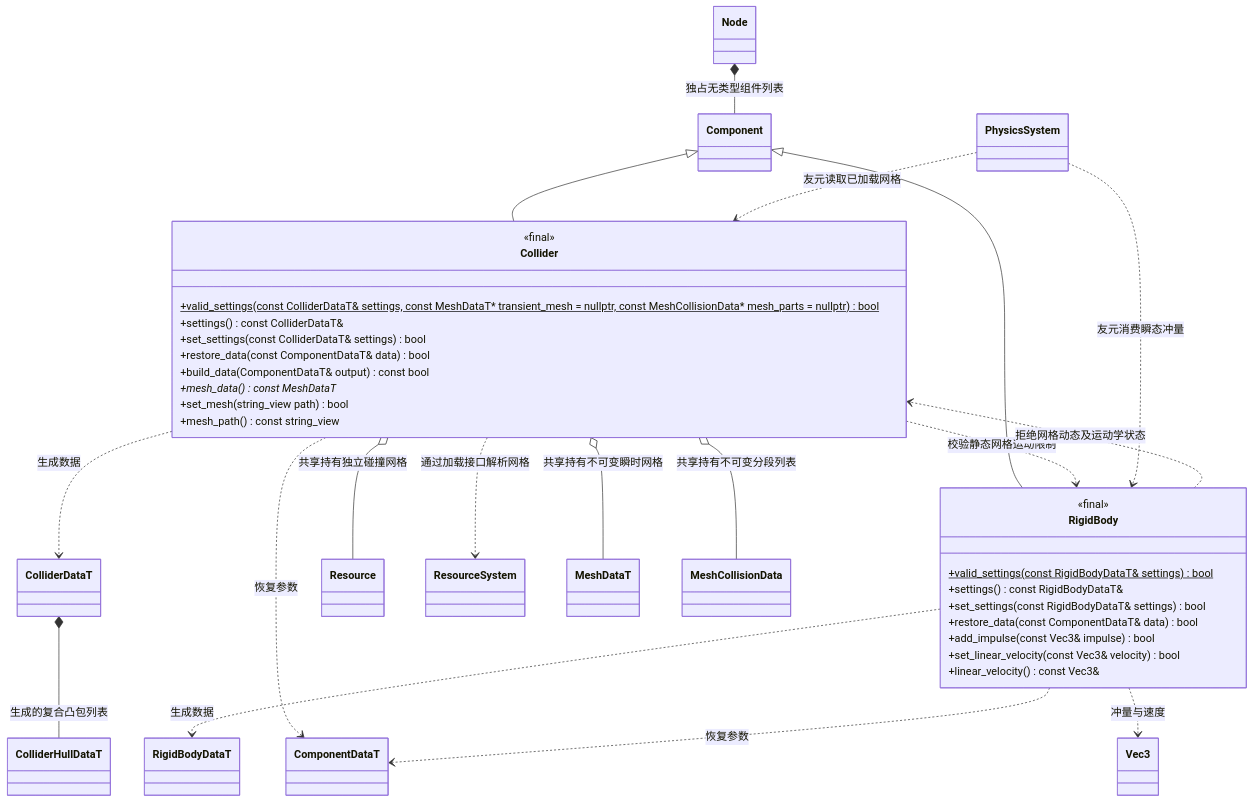
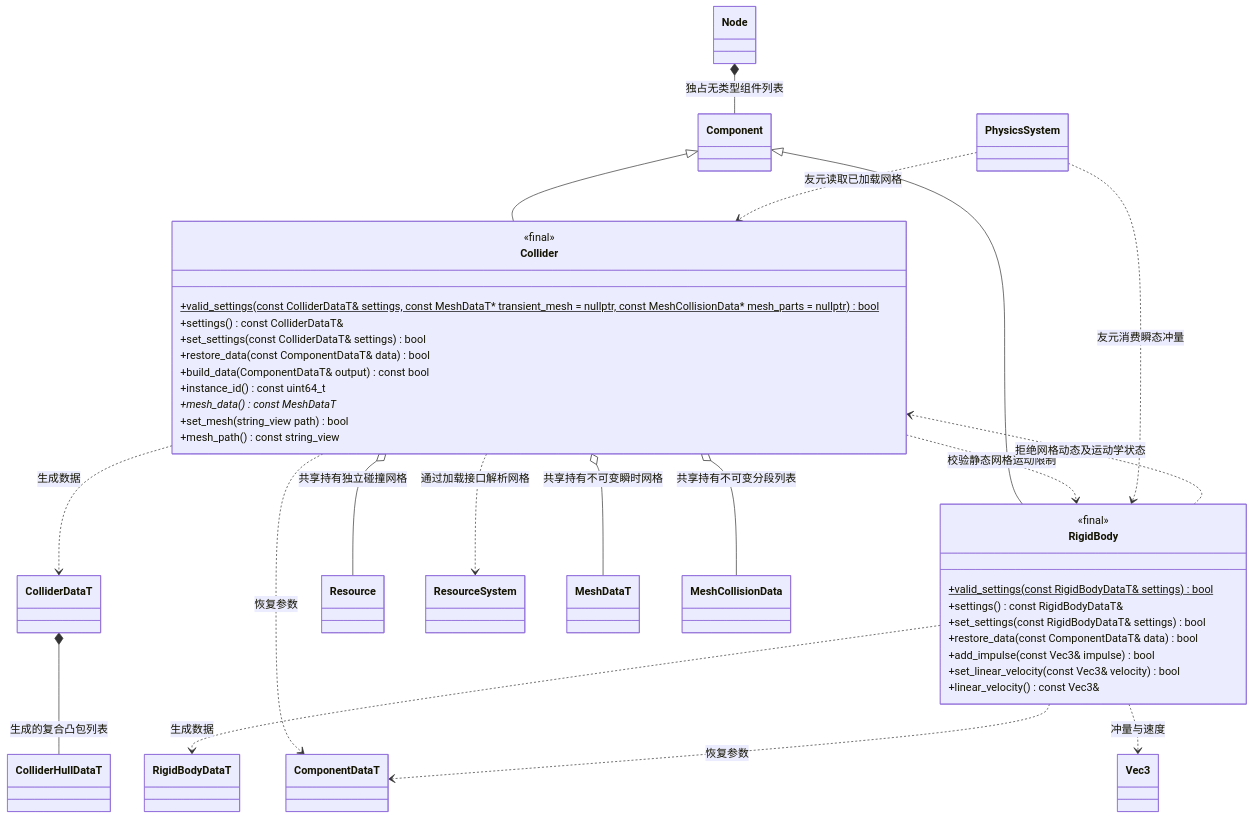
Before and after one commit to lcals/Engine: the diagram in docs/runtime/class-diagrams/physics-components.md, drawn with Mermaid. The commit also changed other lines of this file and 60 other files, not shown here.

````diff
--- a/docs/runtime/class-diagrams/physics-components.md
+++ b/docs/runtime/class-diagrams/physics-components.md
@@ -7,53 +7,54 @@
 ```mermaid
 classDiagram
     class Collider {
         <<final>>
         +valid_settings(const ColliderDataT& settings, const MeshDataT* transient_mesh = nullptr, const MeshCollisionData* mesh_parts = nullptr) bool$
         +settings() const ColliderDataT&
         +set_settings(const ColliderDataT& settings) bool
         +restore_data(const ComponentDataT& data) bool
         +build_data(ComponentDataT& output) const bool
+        +instance_id() const uint64_t
         +mesh_data() const MeshDataT*
         +set_mesh(string_view path) bool
         +mesh_path() const string_view
     }
     class RigidBody {
         <<final>>
         +valid_settings(const RigidBodyDataT& settings) bool$
         +settings() const RigidBodyDataT&
         +set_settings(const RigidBodyDataT& settings) bool
         +restore_data(const ComponentDataT& data) bool
         +add_impulse(const Vec3& impulse) bool
         +set_linear_velocity(const Vec3& velocity) bool
         +linear_velocity() const Vec3&
     }
     class Component
     class Node
     class PhysicsSystem
     class ColliderDataT
     class ColliderHullDataT
     class RigidBodyDataT
     class ComponentDataT
     class Vec3
     class Resource
     class ResourceSystem
     class MeshDataT
     class MeshCollisionData
     Component <|-- Collider
     Component <|-- RigidBody
     Node *-- Component : 独占无类型组件列表
     Collider ..> ColliderDataT : 生成数据
     ColliderDataT *-- ColliderHullDataT : 生成的复合凸包列表
     Collider o-- Resource : 共享持有独立碰撞网格
     Collider o-- MeshDataT : 共享持有不可变瞬时网格
     Collider o-- MeshCollisionData : 共享持有不可变分段列表
     Collider ..> ResourceSystem : 通过加载接口解析网格
     RigidBody ..> RigidBodyDataT : 生成数据
     Collider ..> RigidBody : 校验静态网格运动限制
     RigidBody ..> Collider : 拒绝网格动态及运动学状态
     Collider ..> ComponentDataT : 恢复参数
     RigidBody ..> ComponentDataT : 恢复参数
     RigidBody ..> Vec3 : 冲量与速度
     PhysicsSystem ..> RigidBody : 友元消费瞬态冲量
     PhysicsSystem ..> Collider : 友元读取已加载网格
 ```
````
